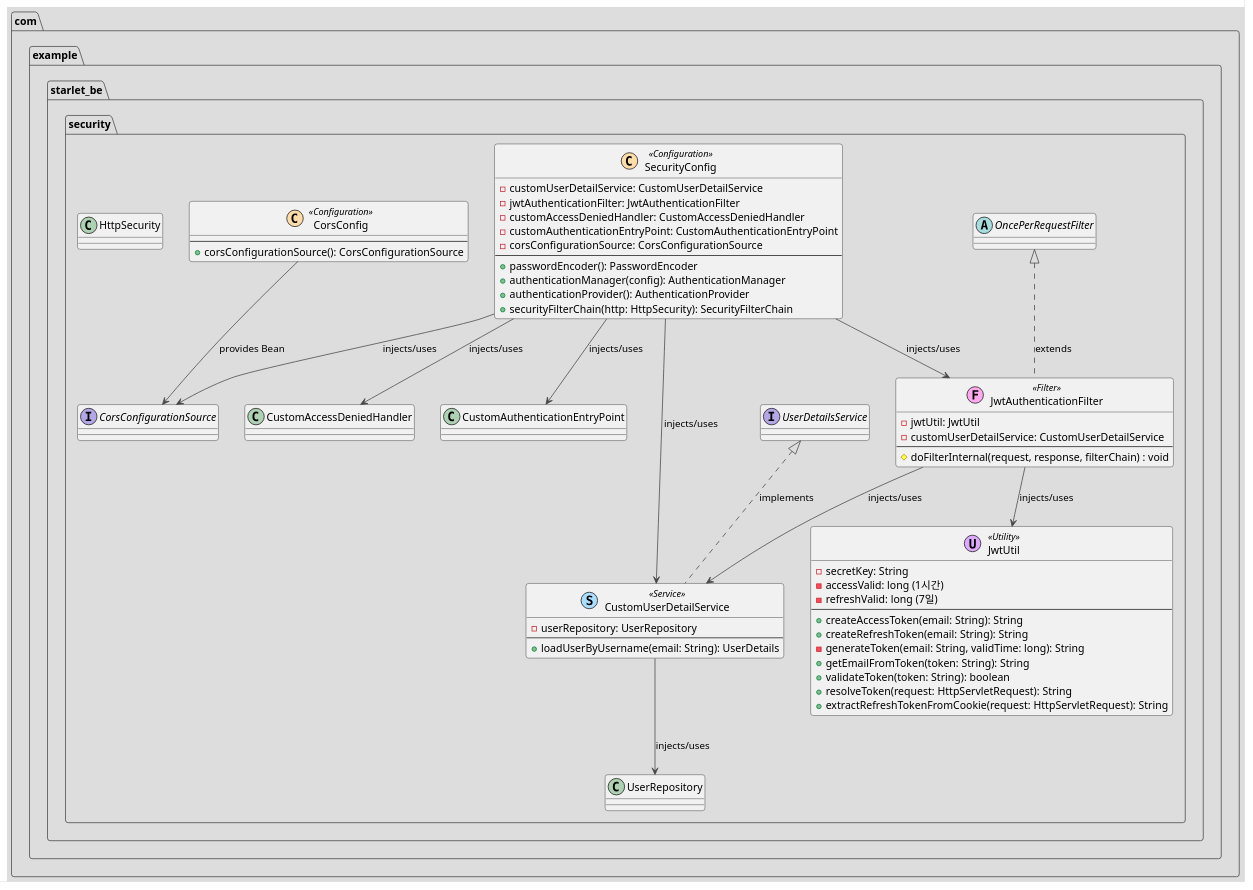
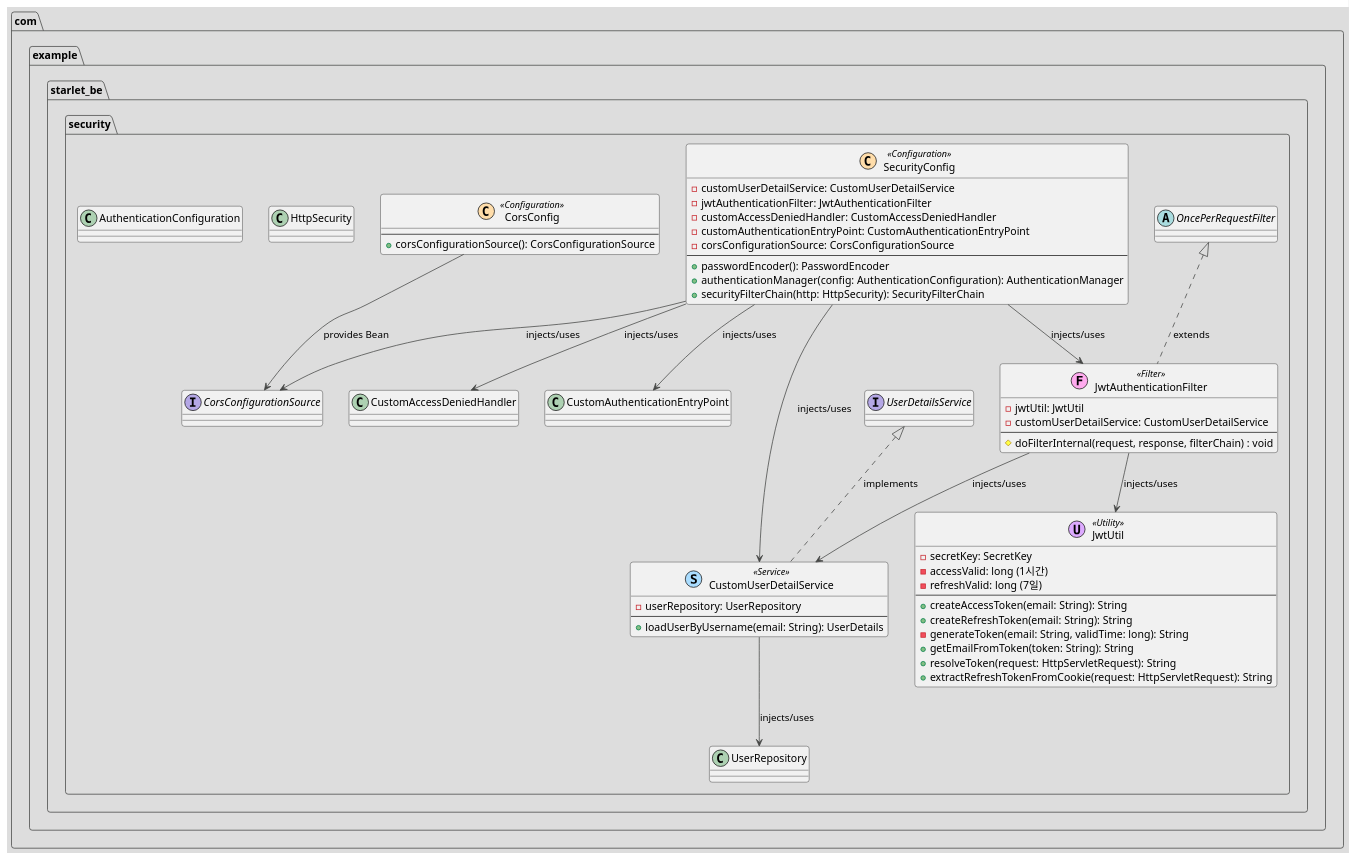
Before and after one commit to 2025-YU-SE-Project/Starlet_doc: the diagram in SDS/Class Diagram UML/security.puml, drawn with PlantUML. The commit also changed 2 other files, not shown here.

```diff
--- a/SDS/Class Diagram UML/security.puml
+++ b/SDS/Class Diagram UML/security.puml
@@ -1,77 +1,76 @@
 @startuml
 !theme toy
 
 top to bottom direction
 
 package "com.example.starlet_be.security" {
 
     class CorsConfig << (C,#FFDDAA) Configuration >> {
         --
         + corsConfigurationSource(): CorsConfigurationSource
     }
 
     class CustomUserDetailService << (S,#AADDFF) Service >> {
         - userRepository: UserRepository
         --
         + loadUserByUsername(email: String): UserDetails
     }
 
     class JwtAuthenticationFilter << (F,#FFAAEE) Filter >> {
         - jwtUtil: JwtUtil
         - customUserDetailService: CustomUserDetailService
         --
         # doFilterInternal(request, response, filterChain) : void
     }
 
     class JwtUtil << (U,#DDAAFF) Utility >> {
-        - secretKey: String
+        - secretKey: SecretKey
         - accessValid: long (1시간)
         - refreshValid: long (7일)
         --
         + createAccessToken(email: String): String
         + createRefreshToken(email: String): String
         - generateToken(email: String, validTime: long): String
         + getEmailFromToken(token: String): String
-        + validateToken(token: String): boolean
         + resolveToken(request: HttpServletRequest): String
         + extractRefreshTokenFromCookie(request: HttpServletRequest): String
     }
 
     class SecurityConfig << (C,#FFDDAA) Configuration >> {
         - customUserDetailService: CustomUserDetailService
         - jwtAuthenticationFilter: JwtAuthenticationFilter
         - customAccessDeniedHandler: CustomAccessDeniedHandler
         - customAuthenticationEntryPoint: CustomAuthenticationEntryPoint
         - corsConfigurationSource: CorsConfigurationSource
         --
         + passwordEncoder(): PasswordEncoder
-        + authenticationManager(config): AuthenticationManager
-        + authenticationProvider(): AuthenticationProvider
+        + authenticationManager(config: AuthenticationConfiguration): AuthenticationManager
         + securityFilterChain(http: HttpSecurity): SecurityFilterChain
     }
 
     interface UserDetailsService
     abstract class OncePerRequestFilter
     interface CorsConfigurationSource
     class UserRepository
     class CustomAccessDeniedHandler
     class CustomAuthenticationEntryPoint
     class HttpSecurity
+    class AuthenticationConfiguration
 
     CustomUserDetailService .up.|> UserDetailsService : implements
     JwtAuthenticationFilter .up.|> OncePerRequestFilter : extends
 
     SecurityConfig --> CustomUserDetailService : injects/uses
     SecurityConfig --> JwtAuthenticationFilter : injects/uses
     SecurityConfig --> CustomAccessDeniedHandler : injects/uses
     SecurityConfig --> CustomAuthenticationEntryPoint : injects/uses
     SecurityConfig --> CorsConfigurationSource : injects/uses
 
     JwtAuthenticationFilter --> JwtUtil : injects/uses
     JwtAuthenticationFilter --> CustomUserDetailService : injects/uses
 
     CustomUserDetailService --> UserRepository : injects/uses
 
     CorsConfig --> CorsConfigurationSource : provides Bean
 }
 @enduml
```
